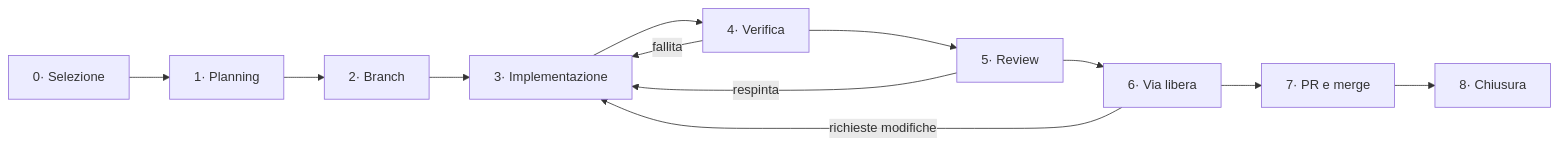
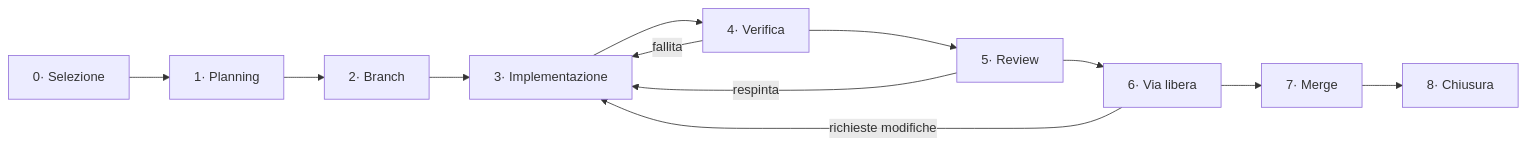
One commit to SimoFerre98/GymFlow changed the diagram in docs/WORKFLOW.md. Above: the diagram before and after it, drawn with Mermaid. The commit also changed other lines of this file and 2 other files, not shown here.

````diff
--- a/docs/WORKFLOW.md
+++ b/docs/WORKFLOW.md
@@ -33,14 +33,14 @@
 ```mermaid
 graph LR
   F0[0· Selezione] --> F1[1· Planning]
   F1 --> F2[2· Branch]
   F2 --> F3[3· Implementazione]
   F3 --> F4[4· Verifica]
   F4 -->|fallita| F3
   F4 --> F5[5· Review]
   F5 -->|respinta| F3
   F5 --> F6[6· Via libera]
   F6 -->|richieste modifiche| F3
-  F6 --> F7[7· PR e merge]
+  F6 --> F7[7· Merge]
   F7 --> F8[8· Chiusura]
 ```
````
